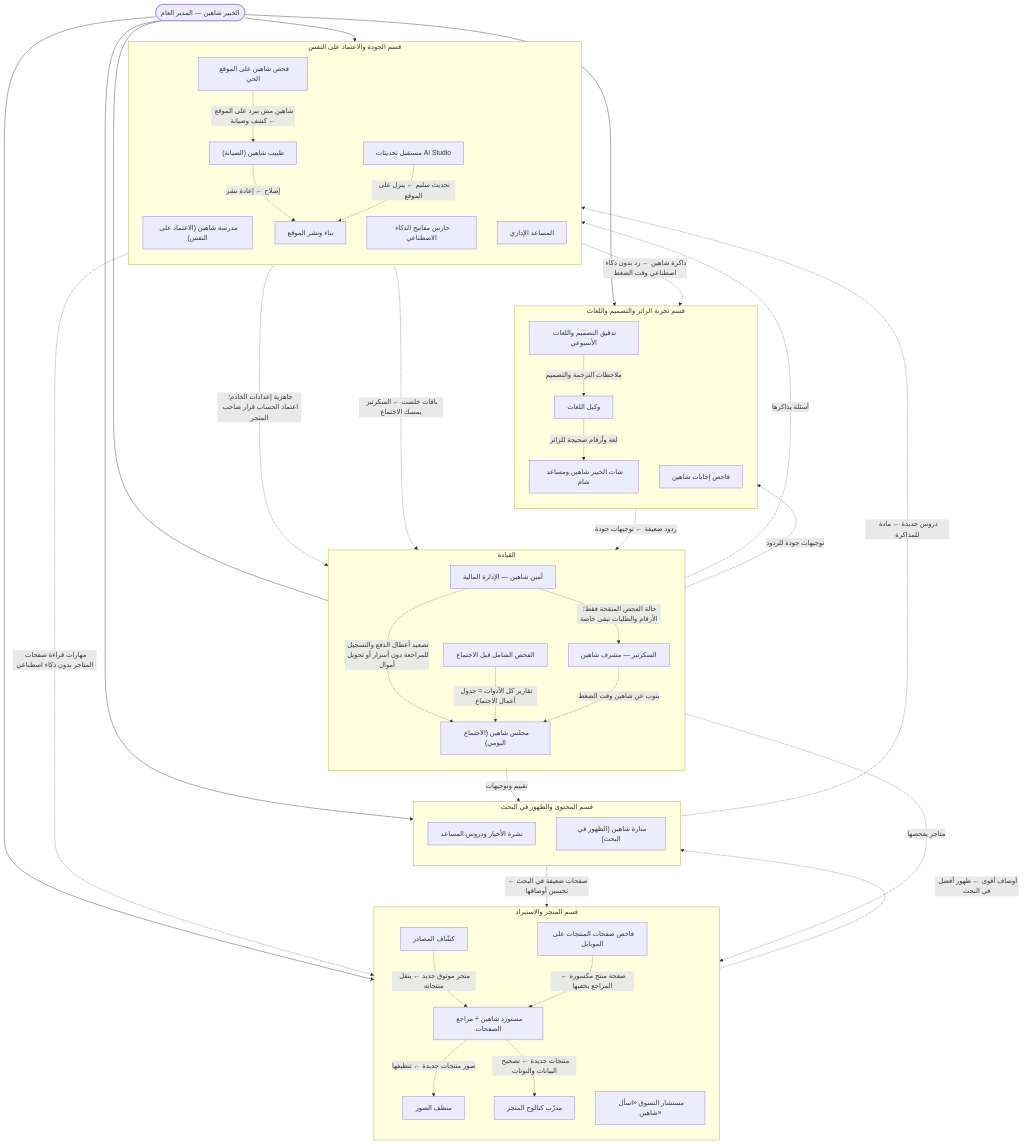
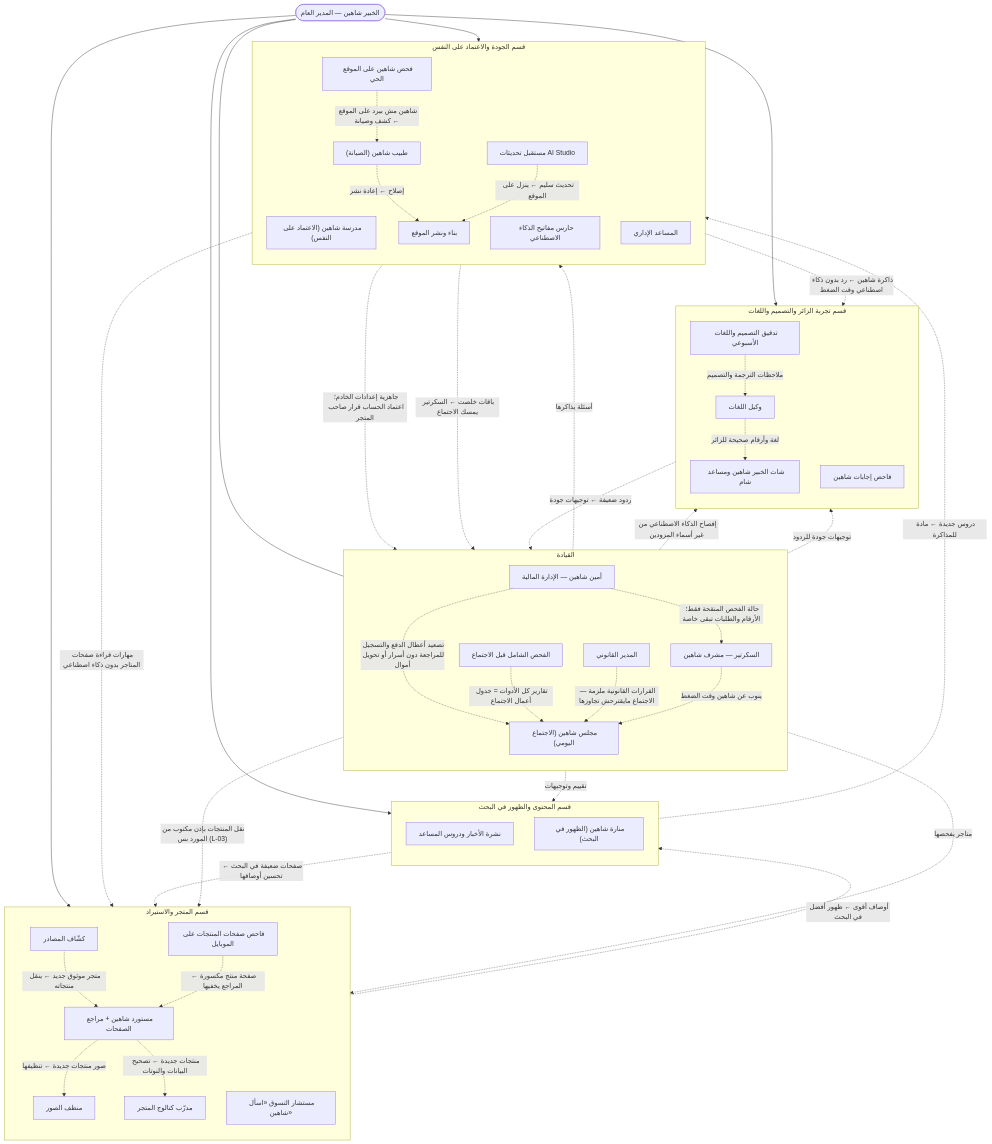
Before and after one commit to spculculat-oss/Sham-Perfume: the diagram in SHAHEEN_ORG.md, drawn with Mermaid. The commit also changed other lines of this file and 9 other files, not shown here.

Commit message:
المدير القانوني في هيكل شاهين: قراراته ملزمة لكل الأدوات، والفحص بيعرضها كقرار قانوني مش عطل، والاجتماع ممنوع يقترح تجاوزها

````diff
--- a/SHAHEEN_ORG.md
+++ b/SHAHEEN_ORG.md
@@ -13,72 +13,76 @@
 ```mermaid
 flowchart TB
   shaheen(["الخبير شاهين — المدير العام"])
   shaheen --- secretary
   subgraph leadership["القيادة"]
     direction TB
     council["مجلس شاهين (الاجتماع اليومي)"]
     secretary["السكرتير — مشرف شاهين"]
     precheck["الفحص الشامل قبل الاجتماع"]
     finance["أمين شاهين — الإدارة المالية"]
+    legal["المدير القانوني"]
   end
   subgraph store["قسم المتجر والاستيراد"]
     direction TB
     scout["كشّاف المصادر"]
     importer["مستورد شاهين + مراجع الصفحات"]
     images["منظف الصور"]
     catalog["مدرّب كتالوج المتجر"]
     product_pages["فاحص صفحات المنتجات على الموبايل"]
     store_advisor["مستشار التسوق «اسأل شاهين»"]
   end
   shaheen --> store
   subgraph content["قسم المحتوى والظهور في البحث"]
     direction TB
     news["نشرة الأخبار ودروس المساعد"]
     seo["منارة شاهين (الظهور في البحث)"]
   end
   shaheen --> content
   subgraph experience["قسم تجربة الزائر والتصميم واللغات"]
     direction TB
     chat["شات الخبير شاهين ومساعد شام"]
     languages["وكيل اللغات"]
     design_audit["تدقيق التصميم واللغات الأسبوعي"]
     inspect["فاحص إجابات شاهين"]
   end
   shaheen --> experience
   subgraph reliability["قسم الجودة والاعتماد على النفس"]
     direction TB
     school["مدرسة شاهين (الاعتماد على النفس)"]
     doctor["طبيب شاهين (الصيانة)"]
     live_check["فحص شاهين على الموقع الحي"]
     keys["حارس مفاتيح الذكاء الاصطناعي"]
     intake["مستقبل تحديثات AI Studio"]
     deploy["بناء ونشر الموقع"]
     admin_agent["المساعد الإداري"]
   end
   shaheen --> reliability
   finance -.->|"حالة الفحص المنقحة فقط؛ الأرقام والطلبات تبقى خاصة"| secretary
   finance -.->|"تصعيد أعطال الدفع والتسجيل للمراجعة دون أسرار أو تحويل أموال"| council
   keys -.->|"جاهزية إعدادات الخادم؛ اعتماد الحساب قرار صاحب المتجر"| finance
   precheck -.->|"تقارير كل الأدوات = جدول أعمال الاجتماع"| council
+  legal -.->|"القرارات القانونية ملزمة — الاجتماع مايقترحش تجاوزها"| council
+  legal -.->|"نقل المنتجات بإذن مكتوب من المورد بس (L-03)"| importer
+  legal -.->|"إفصاح الذكاء الاصطناعي من غير أسماء المزودين"| chat
   secretary -.->|"ينوب عن شاهين وقت الضغط"| council
   council -.->|"متاجر يفحصها"| scout
   council -.->|"أسئلة يذاكرها"| school
   secretary -.->|"توجيهات جودة للردود"| chat
   secretary -.->|"تقييم وتوجيهات"| seo
   scout -.->|"متجر موثوق جديد ← ينقل منتجاته"| importer
   importer -.->|"صور منتجات جديدة ← تنظيفها"| images
   importer -.->|"منتجات جديدة ← تصحيح البيانات والنوتات"| catalog
   catalog -.->|"أوصاف أقوى ← ظهور أفضل في البحث"| seo
   seo -.->|"صفحات ضعيفة في البحث ← تحسين أوصافها"| catalog
   product_pages -.->|"صفحة منتج مكسورة ← المراجع يخفيها"| importer
   news -.->|"دروس جديدة ← مادة للمذاكرة"| school
   school -.->|"ذاكرة شاهين ← رد بدون ذكاء اصطناعي وقت الضغط"| chat
   school -.->|"مهارات قراءة صفحات المتاجر بدون ذكاء اصطناعي"| importer
   design_audit -.->|"ملاحظات الترجمة والتصميم"| languages
   languages -.->|"لغة وأرقام صحيحة للزائر"| chat
   live_check -.->|"شاهين مش بيرد على الموقع ← كشف وصيانة"| doctor
   doctor -.->|"إصلاح ← إعادة نشر"| deploy
   keys -.->|"باقات خلصت ← السكرتير يمسك الاجتماع"| secretary
   intake -.->|"تحديث سليم ← ينزل على الموقع"| deploy
   inspect -.->|"ردود ضعيفة ← توجيهات جودة"| secretary
 ```
````
